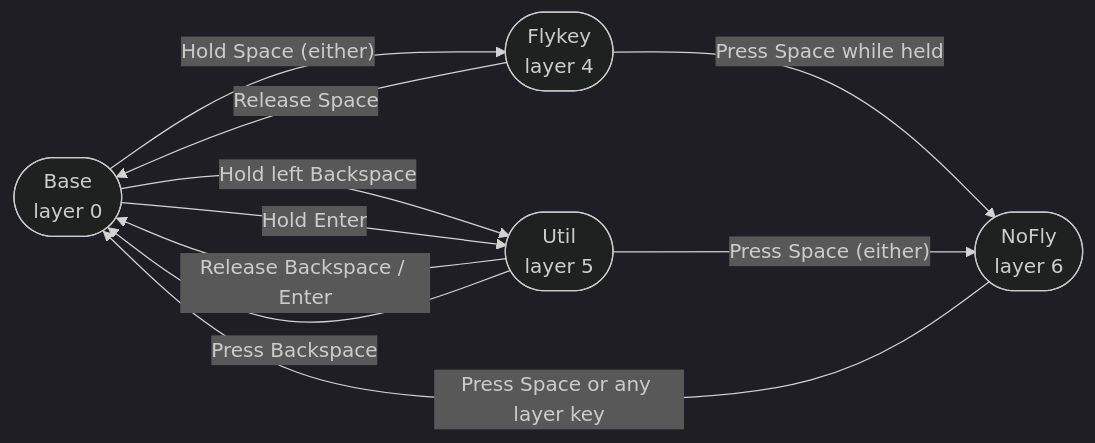
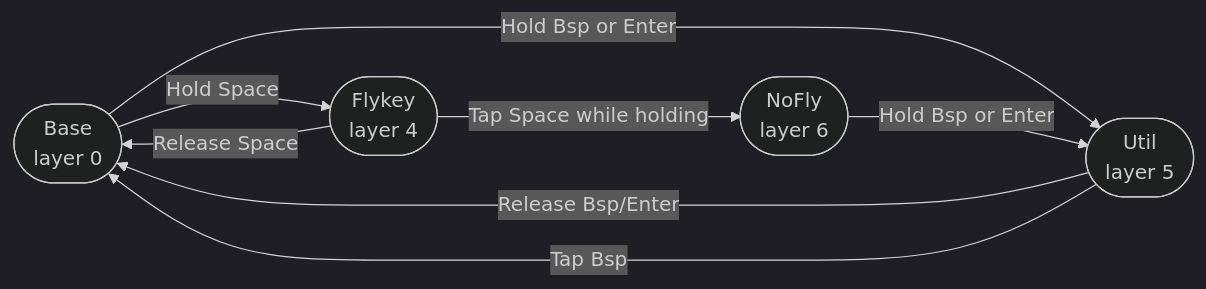
One commit to chaoy/Adv360-Pro-ZMK changed the diagram in CUSTOMIZATIONS.md. Above: the diagram before and after it, drawn with Mermaid (dark theme). The commit also changed other lines of this file, not shown here.

First line of the commit message:
Fix docs: layer diagram, NoFly description, keyboard layout, table copy

````diff
--- a/CUSTOMIZATIONS.md
+++ b/CUSTOMIZATIONS.md
@@ -20,18 +22,17 @@
 ```mermaid
 flowchart LR
     B([Base<br/>layer 0])
     F([Flykey<br/>layer 4])
     U([Util<br/>layer 5])
     N([NoFly<br/>layer 6])
 
-    B -->|"Hold Space (either)"| F
+    B -->|"Hold Space"| F
     F -->|"Release Space"| B
-    F -->|"Press Space while held"| N
-    N -->|"Press Space or any layer key"| B
+    F -->|"Tap Space while holding"| N
 
-    B -->|"Hold left Backspace"| U
-    B -->|"Hold Enter"| U
-    U -->|"Release Backspace / Enter"| B
-    U -->|"Press Backspace"| B
-    U -->|"Press Space (either)"| N
+    B -->|"Hold Bsp or Enter"| U
+    U -->|"Release Bsp/Enter"| B
+    U -->|"Tap Bsp"| B
+
+    N -->|"Hold Bsp or Enter"| U
 ```
````
